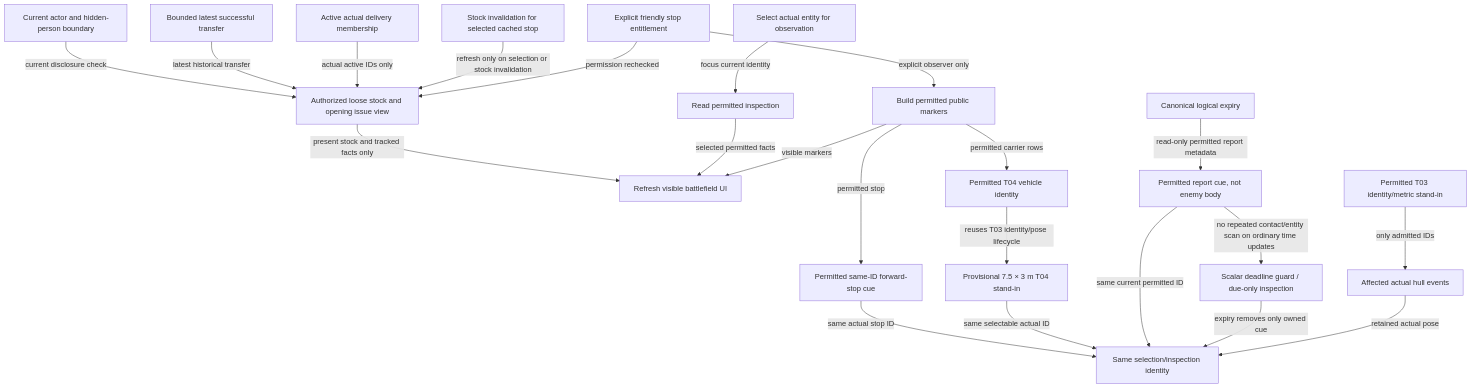
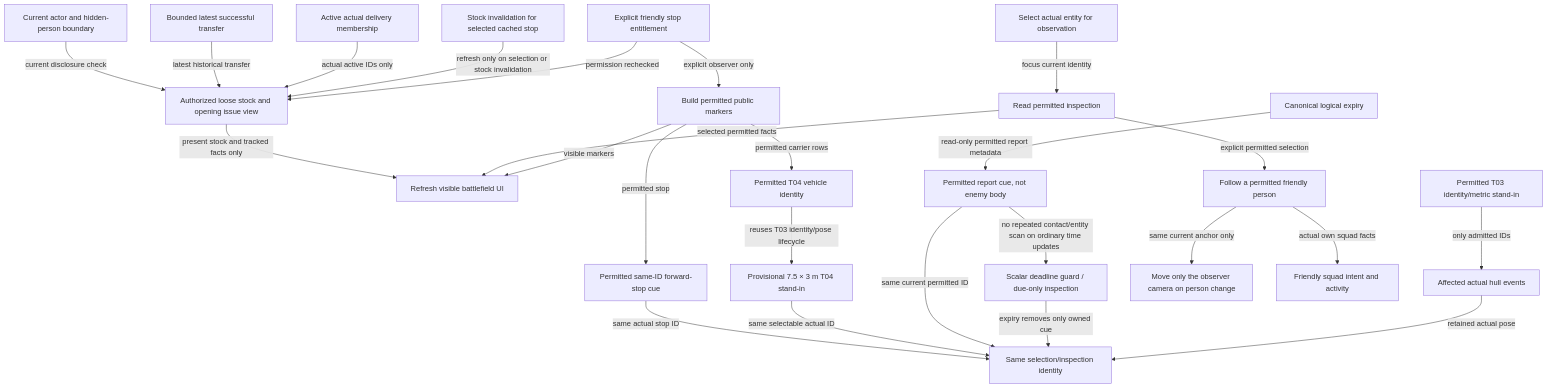
Before and after one commit to TheInfinityIQ/Trencho_V4: diagram 42 of 51 in docs/system_atlas.md, drawn with Mermaid. The commit also changed other lines of this file and 7 other files, not shown here.

````diff
--- a/docs/system_atlas.md
+++ b/docs/system_atlas.md
@@ -1346,43 +1346,49 @@
 ```mermaid
 flowchart TD
     n0["Build permitted public markers"]
     n1["Read permitted inspection"]
     n2["Refresh visible battlefield UI"]
     n3["Select actual entity for observation"]
     t03_admit["Permitted T03 identity/metric stand-in"]
     t03_motion["Affected actual hull events"]
     report_admit["Permitted report cue, not enemy body"]
     report_deadline["Canonical logical expiry"]
     report_due["Scalar deadline guard / due-only inspection"]
     field_anchor["Same selection/inspection identity"]
     t04_admit["Permitted T04 vehicle identity"]
     t04_shape["Provisional 7.5 × 3 m T04 stand-in"]
     stop_auth["Explicit friendly stop entitlement"]
     stop_cue["Permitted same-ID forward-stop cue"]
     stop_read["Authorized loose stock and opening issue view"]
     stop_cache["Stock invalidation for selected cached stop"]
     delivery_index["Active actual delivery membership"]
     issue_receipt["Bounded latest successful transfer"]
     actor_permission["Current actor and hidden-person boundary"]
+    follow_start["Follow a permitted friendly person"]
+    follow_move["Move only the observer camera on person change"]
+    squad_detail["Friendly squad intent and activity"]
     n0 -->|"visible markers"| n2
     n1 -->|"selected permitted facts"| n2
     n3 -->|"focus current identity"| n1
     t03_admit -->|"only admitted IDs"| t03_motion
     t03_motion -->|"retained actual pose"| field_anchor
     report_deadline -->|"read-only permitted report metadata"| report_admit
     report_admit -->|"no repeated contact/entity scan on ordinary time updates"| report_due
     report_due -->|"expiry removes only owned cue"| field_anchor
     report_admit -->|"same current permitted ID"| field_anchor
     n0 -->|"permitted carrier rows"| t04_admit
     t04_admit -->|"reuses T03 identity/pose lifecycle"| t04_shape
     t04_shape -->|"same selectable actual ID"| field_anchor
     stop_auth -->|"explicit observer only"| n0
     n0 -->|"permitted stop"| stop_cue
     stop_cue -->|"same actual stop ID"| field_anchor
     stop_auth -->|"permission rechecked"| stop_read
     stop_read -->|"present stock and tracked facts only"| n2
     stop_cache -->|"refresh only on selection or stock invalidation"| stop_read
     delivery_index -->|"actual active IDs only"| stop_read
     issue_receipt -->|"latest historical transfer"| stop_read
     actor_permission -->|"current disclosure check"| stop_read
+    n1 -->|"explicit permitted selection"| follow_start
+    follow_start -->|"same current anchor only"| follow_move
+    follow_start -->|"actual own squad facts"| squad_detail
 ```
````
